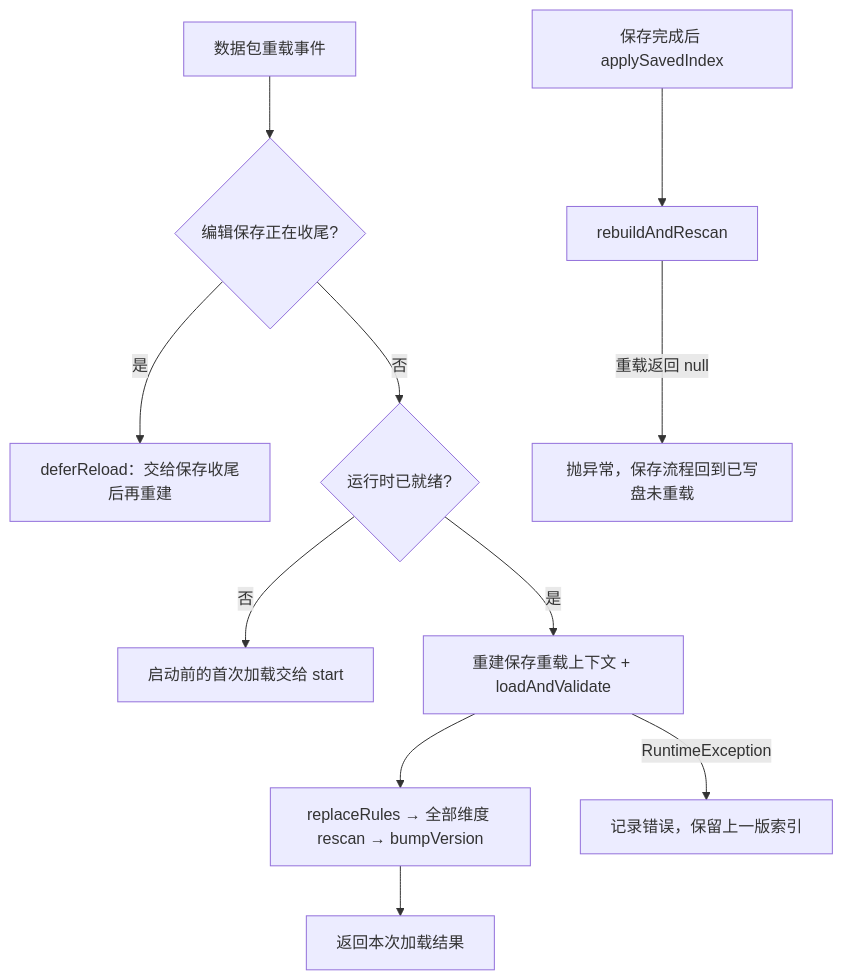
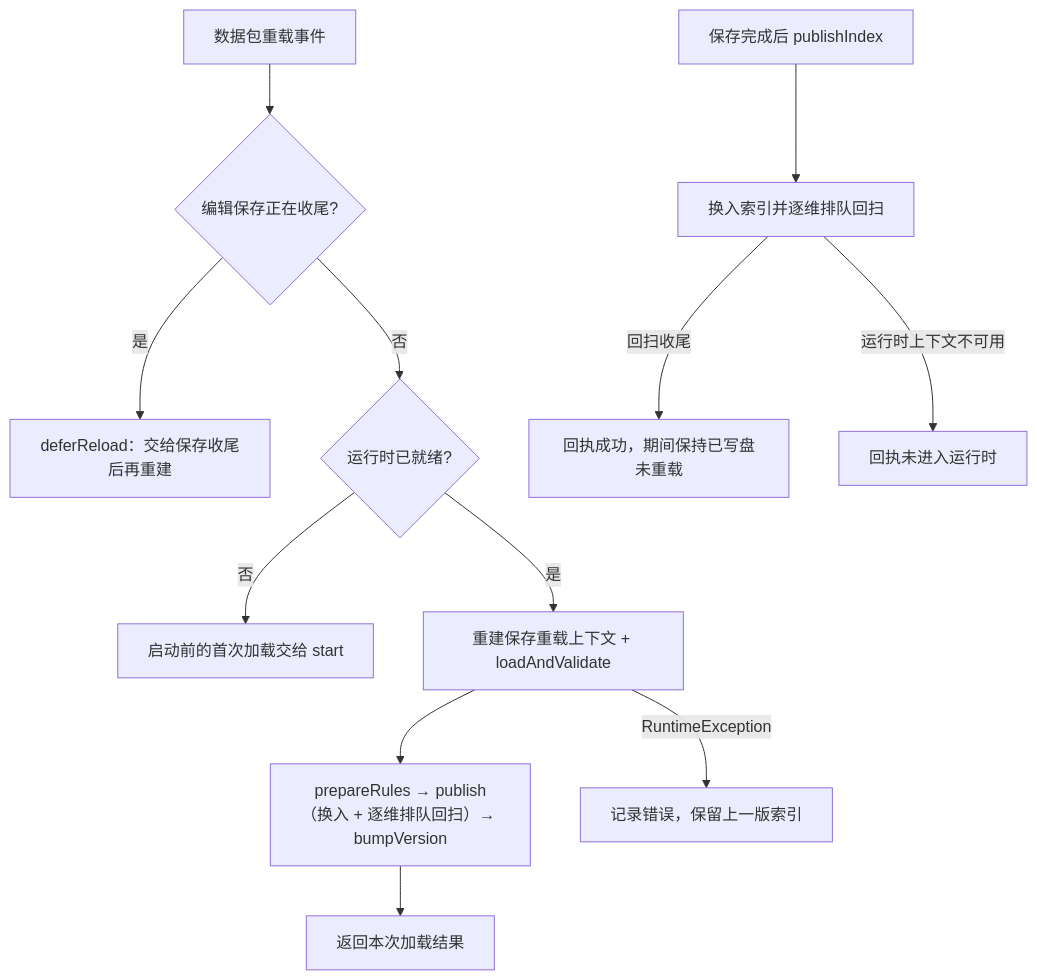
One commit to meteoritel/item-despawn-to-what changed the third of 3 diagrams in docs/modules/platform.md. Above: the diagram before and after it, drawn with Mermaid. The commit also changed other lines of this file and 12 other files, not shown here.

````diff
--- a/docs/modules/platform.md
+++ b/docs/modules/platform.md
@@ -134,13 +134,14 @@
 ```mermaid
 flowchart TD
     A["数据包重载事件"] --> B{"编辑保存正在收尾?"}
     B -->|是| C["deferReload：交给保存收尾后再重建"]
     B -->|否| D{"运行时已就绪?"}
     D -->|否| E["启动前的首次加载交给 start"]
     D -->|是| F["重建保存重载上下文 + loadAndValidate"]
-    F --> G["replaceRules → 全部维度 rescan → bumpVersion"]
+    F --> G["prepareRules → publish（换入 + 逐维排队回扫）→ bumpVersion"]
     G --> H["返回本次加载结果"]
     F -->|RuntimeException| I["记录错误，保留上一版索引"]
-    J["保存完成后 applySavedIndex"] --> K["rebuildAndRescan"]
-    K -->|重载返回 null| L["抛异常，保存流程回到已写盘未重载"]
+    J["保存完成后 publishIndex"] --> K["换入索引并逐维排队回扫"]
+    K -->|回扫收尾| L["回执成功，期间保持已写盘未重载"]
+    K -->|运行时上下文不可用| M["回执未进入运行时"]
 ```
````
